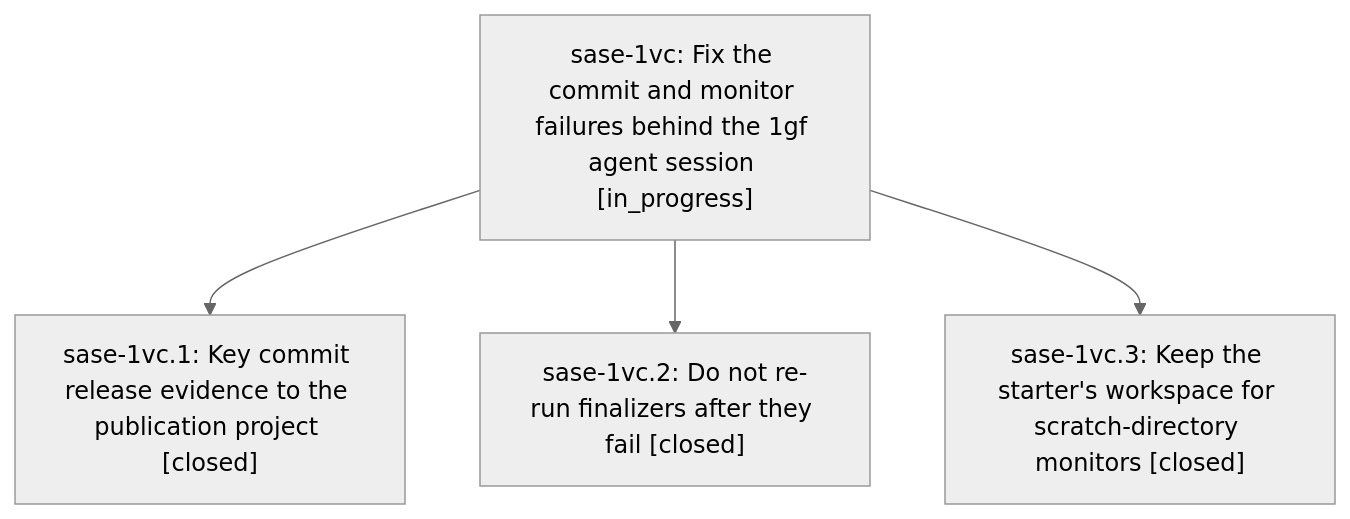
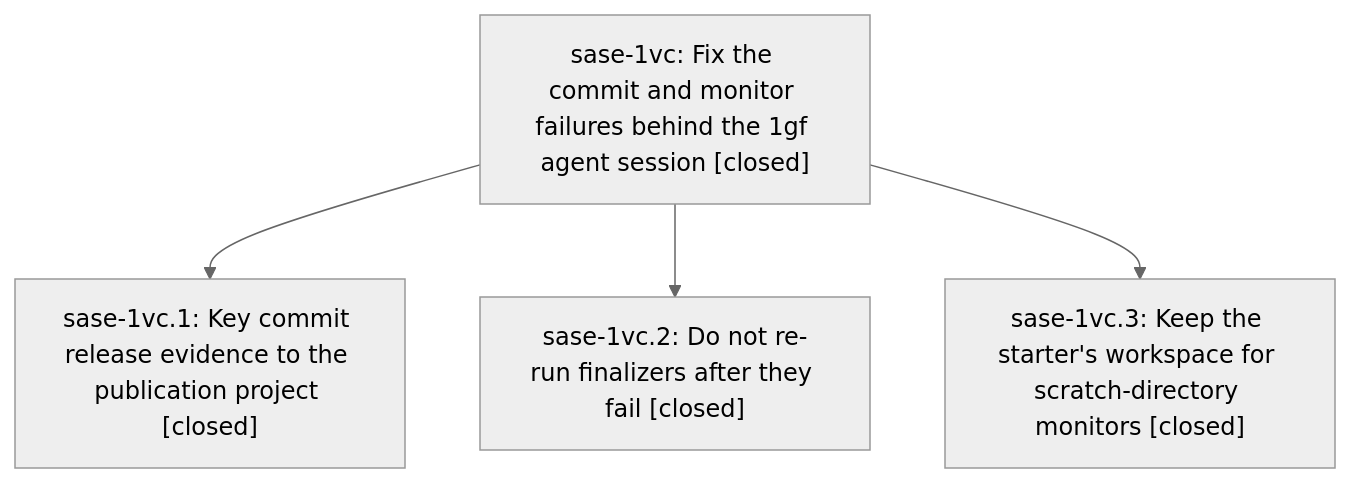
One commit to sase-org/sase--beads changed the diagram in pages/sase-1vc/README.md. Above: the diagram before and after it, drawn with Mermaid (neutral theme). The commit also changed other lines of this file and 1 other file, not shown here.

First line of the commit message:
chore(beads): sync bead state and pages for sase-1vc

````diff
--- a/pages/sase-1vc/README.md
+++ b/pages/sase-1vc/README.md
@@ -36,10 +42,10 @@
 ```mermaid
 flowchart TD
-    n0["sase-1vc: Fix the commit and monitor failures behind the 1gf agent session [in_progress]"]
+    n0["sase-1vc: Fix the commit and monitor failures behind the 1gf agent session [closed]"]
     n1["sase-1vc.1: Key commit release evidence to the publication project [closed]"]
     n2["sase-1vc.2: Do not re-run finalizers after they fail [closed]"]
     n3["sase-1vc.3: Keep the starter's workspace for scratch-directory monitors [closed]"]
     n0 --> n1
     n0 --> n2
     n0 --> n3
 ```
````
